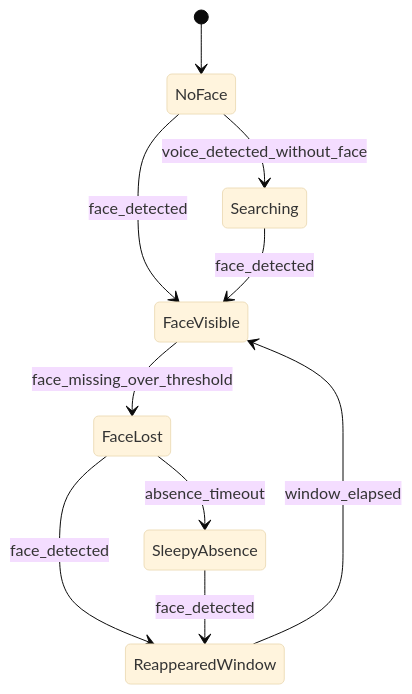
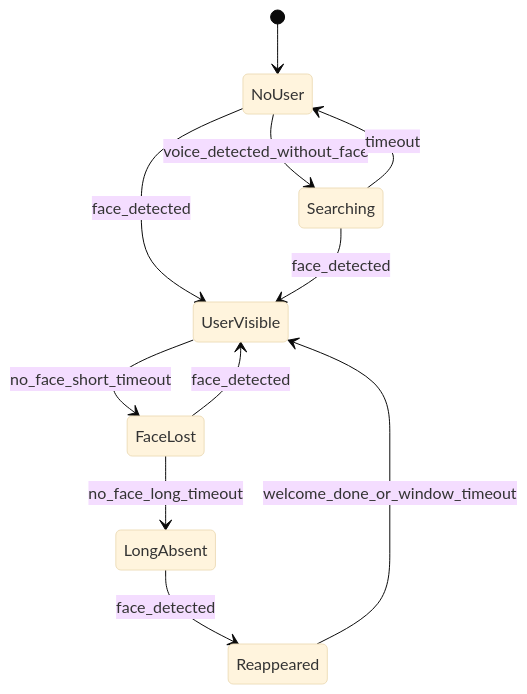
One commit to soyangBaek/RIO changed the second of 5 diagrams in docs/state-machine.md. Above: the diagram before and after it, drawn with Mermaid (base theme). The commit also changed other lines of this file, not shown here.

````diff
--- a/docs/state-machine.md
+++ b/docs/state-machine.md
@@ -21,12 +53,13 @@
 ```mermaid
 stateDiagram-v2
-    [*] --> NoFace
-    NoFace --> Searching : voice_detected_without_face
-    NoFace --> FaceVisible : face_detected
-    Searching --> FaceVisible : face_detected
-    FaceVisible --> FaceLost : face_missing_over_threshold
-    FaceLost --> SleepyAbsence : absence_timeout
-    FaceLost --> ReappearedWindow : face_detected
-    SleepyAbsence --> ReappearedWindow : face_detected
-    ReappearedWindow --> FaceVisible : window_elapsed
+    [*] --> NoUser
+    NoUser --> Searching : voice_detected_without_face
+    NoUser --> UserVisible : face_detected
+    Searching --> UserVisible : face_detected
+    Searching --> NoUser : timeout
+    UserVisible --> FaceLost : no_face_short_timeout
+    FaceLost --> UserVisible : face_detected
+    FaceLost --> LongAbsent : no_face_long_timeout
+    LongAbsent --> Reappeared : face_detected
+    Reappeared --> UserVisible : welcome_done_or_window_timeout
 ```
````
